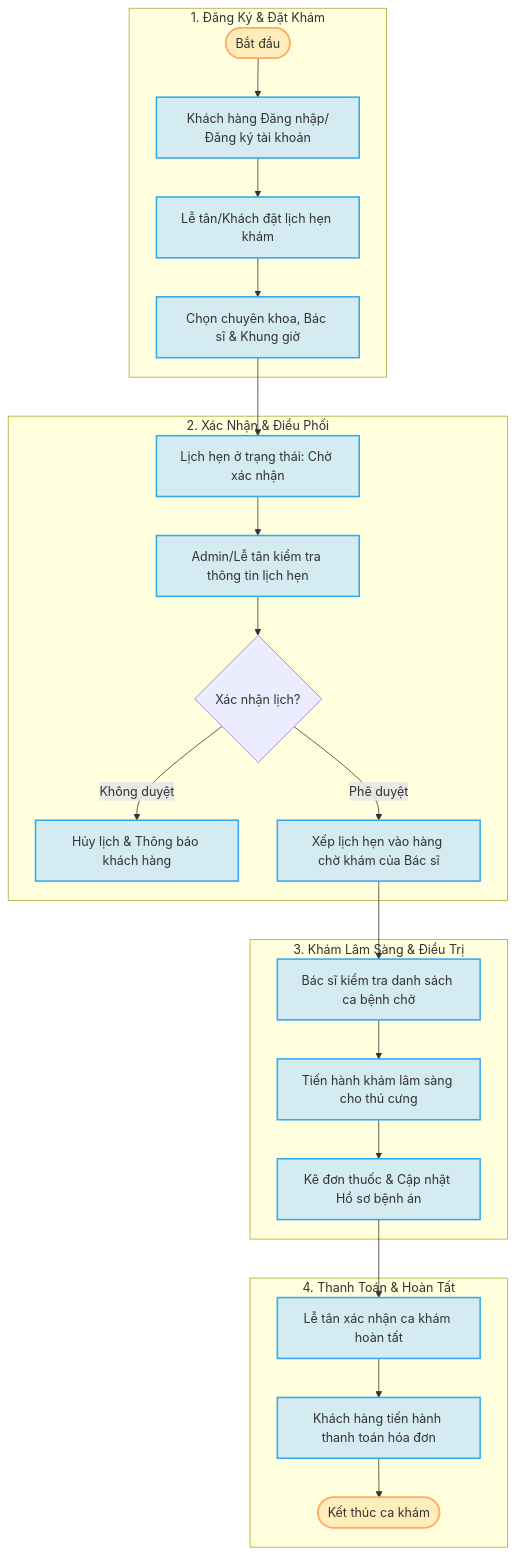
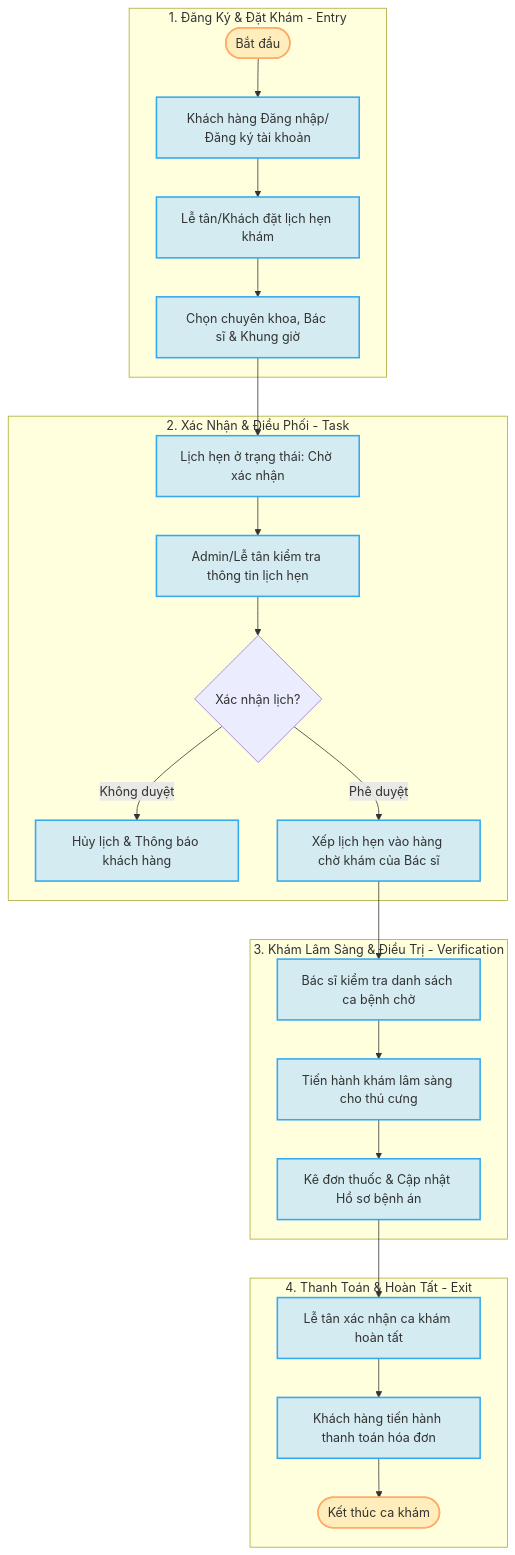
The diagram in README.md (trananhtai2204205-beep/PetCare), drawn with Mermaid before and after one commit. The commit also changed other lines of this file, not shown here.

````diff
--- a/README.md
+++ b/README.md
@@ -17,37 +17,37 @@
 ```mermaid
 flowchart TD
     %% Định nghĩa phong cách
     classDef process fill:#d4ebf2,stroke:#33aaee,stroke-width:2px;
     classDef actor fill:#f9f9f9,stroke:#333,stroke-dasharray: 5 5;
     classDef start_end fill:#ffeebb,stroke:#ffaa66,stroke-width:2px;
 
-    subgraph Entry [1. Đăng Ký & Đặt Khám]
+    subgraph Entry [1. Đăng Ký & Đặt Khám - Entry]
         A([Bắt đầu]) --> B[Khách hàng Đăng nhập/Đăng ký tài khoản]
         B --> C[Lễ tân/Khách đặt lịch hẹn khám]
         C --> D[Chọn chuyên khoa, Bác sĩ & Khung giờ]
     end
 
-    subgraph Task [2. Xác Nhận & Điều Phối]
+    subgraph Task [2. Xác Nhận & Điều Phối - Task]
         D --> E[Lịch hẹn ở trạng thái: Chờ xác nhận]
         E --> F[Admin/Lễ tân kiểm tra thông tin lịch hẹn]
         F --> G{Xác nhận lịch?}
         G -- Không duyệt --> H[Hủy lịch & Thông báo khách hàng]
         G -- Phê duyệt --> I[Xếp lịch hẹn vào hàng chờ khám của Bác sĩ]
     end
 
-    subgraph Verification [3. Khám Lâm Sàng & Điều Trị]
+    subgraph Verification [3. Khám Lâm Sàng & Điều Trị - Verification]
         I --> J[Bác sĩ kiểm tra danh sách ca bệnh chờ]
         J --> K[Tiến hành khám lâm sàng cho thú cưng]
         K --> L[Kê đơn thuốc & Cập nhật Hồ sơ bệnh án]
     end
 
-    subgraph Exit [4. Thanh Toán & Hoàn Tất]
+    subgraph Exit [4. Thanh Toán & Hoàn Tất - Exit]
         L --> M[Lễ tân xác nhận ca khám hoàn tất]
         M --> N[Khách hàng tiến hành thanh toán hóa đơn]
         N --> O([Kết thúc ca khám])
     end
 
     %% Áp dụng Class
     class A,O start_end;
     class B,C,D,E,F,H,I,J,K,L,M,N process;
 ```
````
